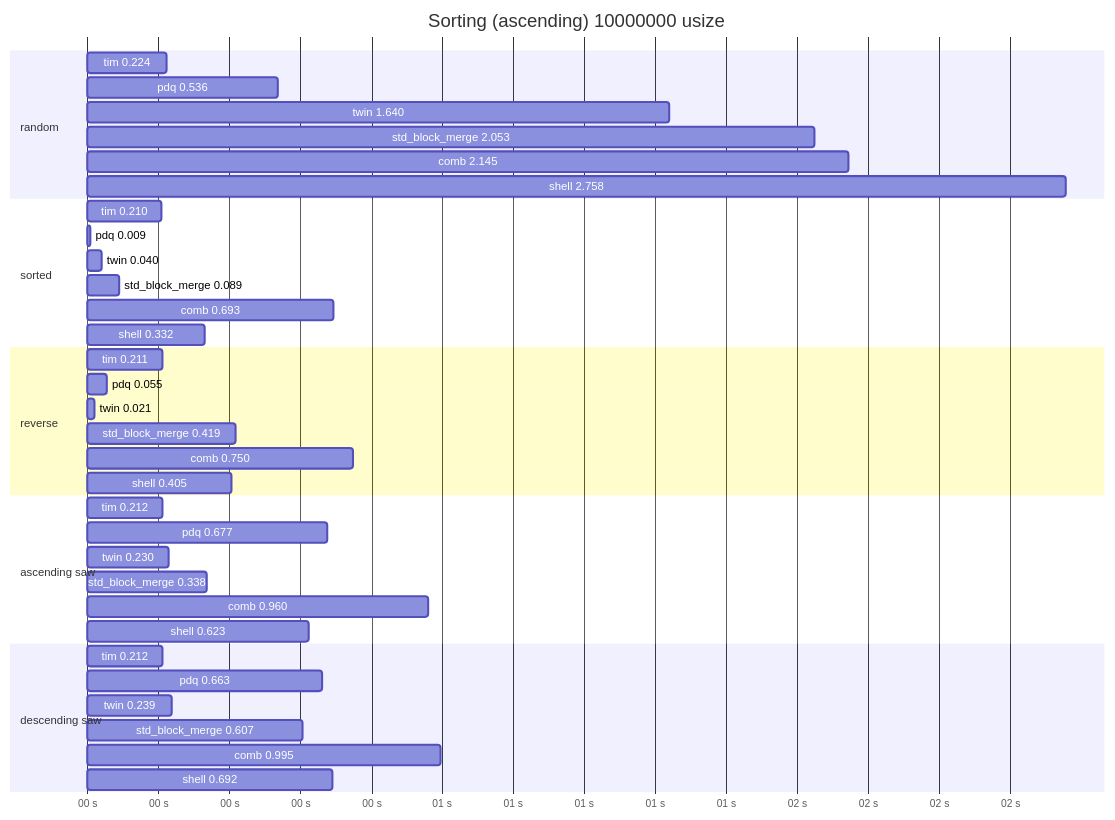
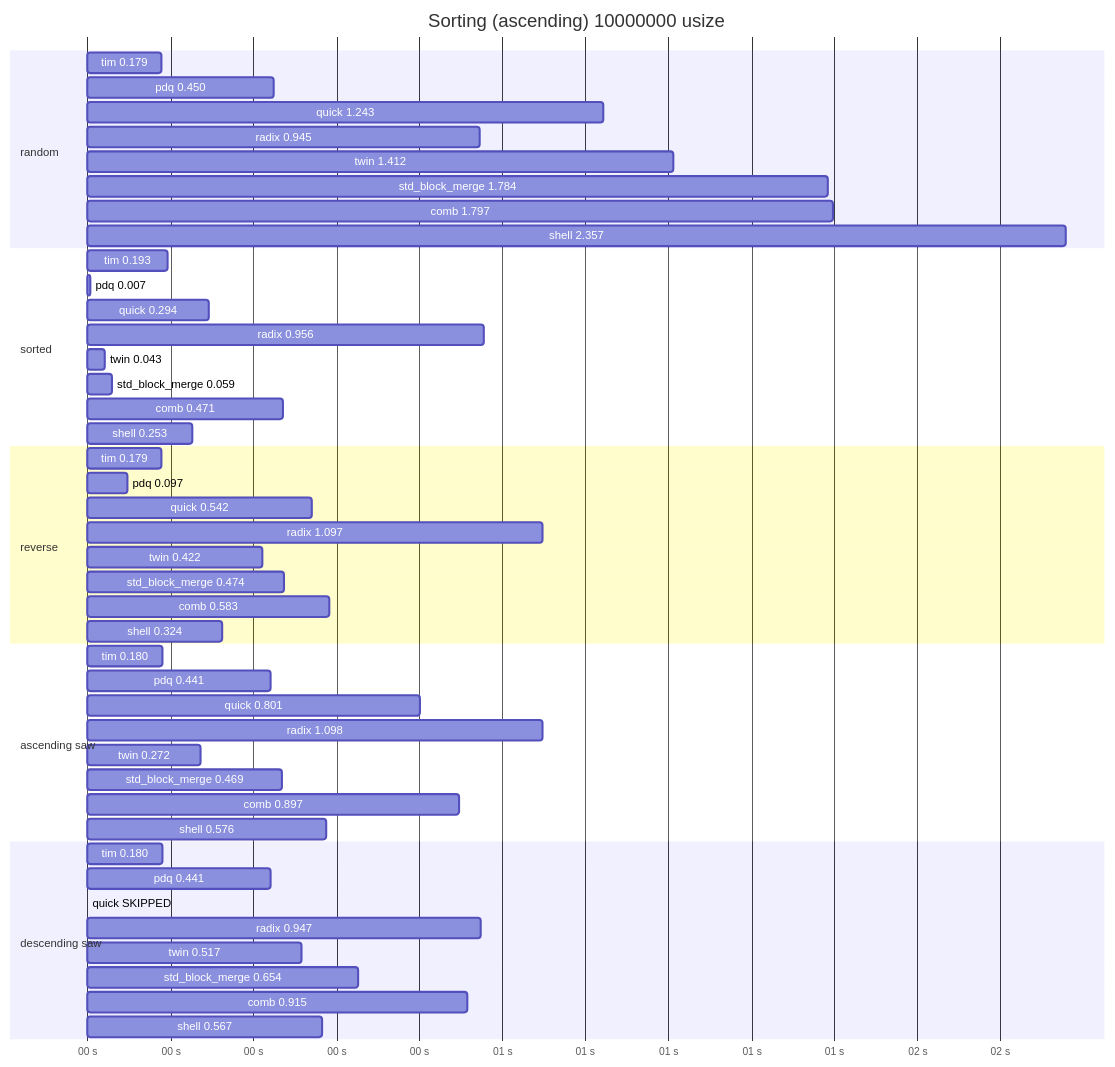
One commit to alichraghi/zort changed the second of 4 diagrams in README.md. Above: the diagram before and after it, drawn with Mermaid. The commit also changed other lines of this file, not shown here.

Commit message:
update benchmark results

````diff
--- a/README.md
+++ b/README.md
@@ -58,41 +58,51 @@
 ```mermaid
 gantt
     title Sorting (ascending) 10000000 usize
     dateFormat x
     axisFormat %S s
     section random
-    tim 0.224: 0,224
-    pdq 0.536: 0,536
-    twin 1.640: 0,1640
-    std_block_merge 2.053: 0,2051
-    comb 2.145: 0,2144
-    shell 2.758: 0,2758
+    tim 0.179: 0,179
+    pdq 0.450: 0,450
+    quick 1.243: 0,1243
+    radix 0.945: 0,945
+    twin 1.412: 0,1412
+    std_block_merge 1.784: 0,1784
+    comb 1.797: 0,1797
+    shell 2.357: 0,2358
     section sorted
-    tim 0.210: 0,210
-    pdq 0.009: 0,9
-    twin 0.040: 0,40
-    std_block_merge 0.089: 0,89
-    comb 0.693: 0,693
-    shell 0.332: 0,332
+    tim 0.193: 0,193
+    pdq 0.007: 0,7
+    quick 0.294: 0,294
+    radix 0.956: 0,956
+    twin 0.043: 0,43
+    std_block_merge 0.059: 0,59
+    comb 0.471: 0,471
+    shell 0.253: 0,253
     section reverse
-    tim 0.211: 0,211
-    pdq 0.055: 0,55
-    twin 0.021: 0,21
-    std_block_merge 0.419: 0,419
-    comb 0.750: 0,750
-    shell 0.405: 0,405
+    tim 0.179: 0,179
+    pdq 0.097: 0,97
+    quick 0.542: 0,542
+    radix 1.097: 0,1097
+    twin 0.422: 0,422
+    std_block_merge 0.474: 0,474
+    comb 0.583: 0,583
+    shell 0.324: 0,324
     section ascending saw
-    tim 0.212: 0,212
-    pdq 0.677: 0,677
-    twin 0.230: 0,230
-    std_block_merge 0.338: 0,338
-    comb 0.960: 0,960
-    shell 0.623: 0,623
+    tim 0.180: 0,180
+    pdq 0.441: 0,441
+    quick 0.801: 0,801
+    radix 1.098: 0,1098
+    twin 0.272: 0,272
+    std_block_merge 0.469: 0,469
+    comb 0.897: 0,897
+    shell 0.576: 0,576
     section descending saw
-    tim 0.212: 0,212
-    pdq 0.663: 0,663
-    twin 0.239: 0,239
-    std_block_merge 0.607: 0,607
-    comb 0.995: 0,995
-    shell 0.692: 0,692
+    tim 0.180: 0,180
+    pdq 0.441: 0,441
+    quick SKIPPED: 0
+    radix 0.947: 0,947
+    twin 0.517: 0,517
+    std_block_merge 0.654: 0,654
+    comb 0.915: 0,915
+    shell 0.567: 0,567
 ```
````
